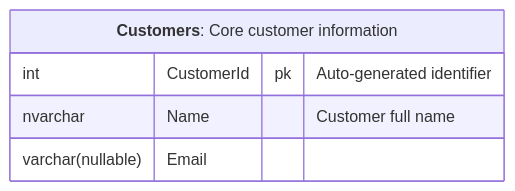
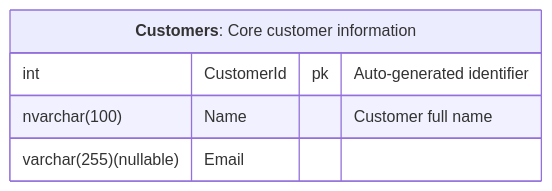
One commit to SimonCropp/DbToMermaid changed the diagram in src/SqlServerToMermaid.Tests/Tests.RenderMarkdownWithComments.verified.md. Above: the diagram before and after it, drawn with Mermaid. The commit also changed 26 other files, not shown here.

````diff
--- a/src/SqlServerToMermaid.Tests/Tests.RenderMarkdownWithComments.verified.md
+++ b/src/SqlServerToMermaid.Tests/Tests.RenderMarkdownWithComments.verified.md
@@ -2,8 +2,8 @@
 ```mermaid
 erDiagram
   Customers["**Customers**: Core customer information"] {
     int CustomerId pk "Auto-generated identifier"
-    nvarchar Name "Customer full name"
-    varchar(nullable) Email
+    nvarchar(100) Name "Customer full name"
+    varchar(255)(nullable) Email
   }
 ```
````
